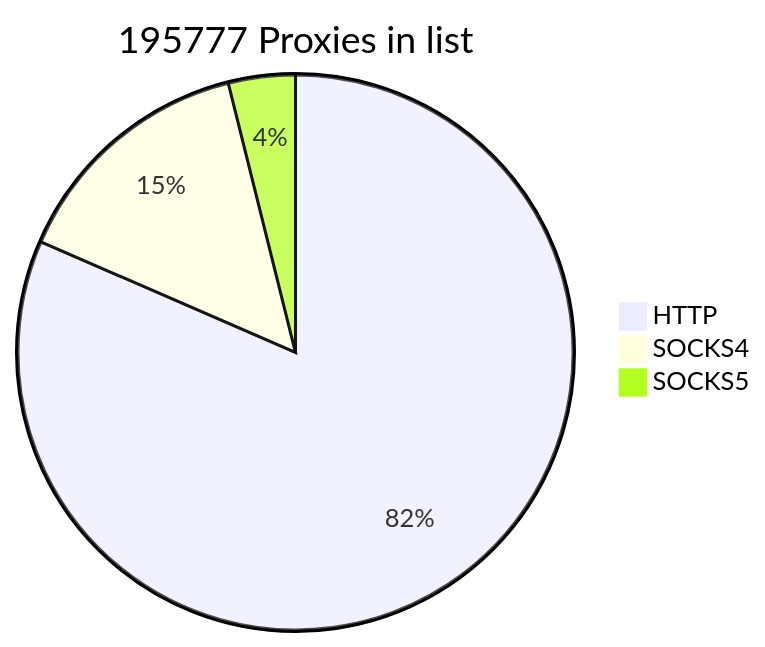
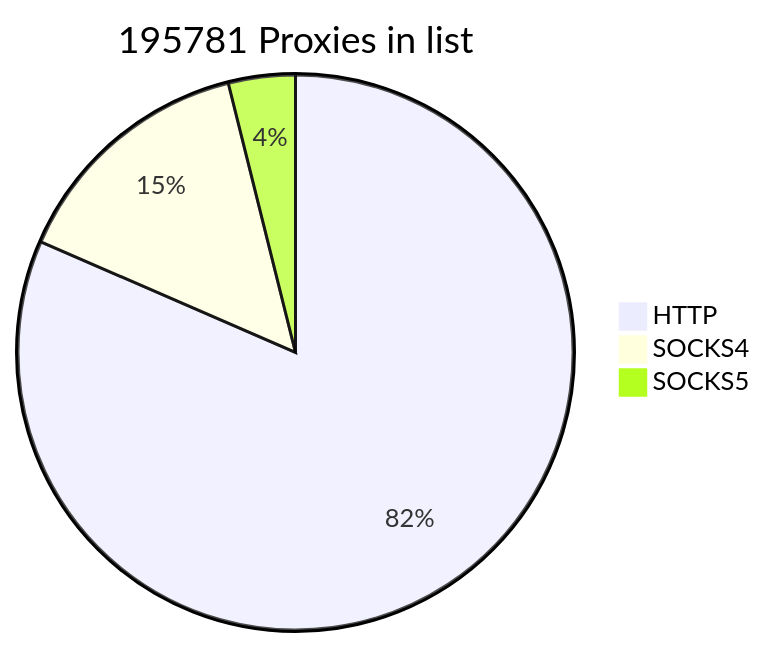
Before and after one commit to cutipu/proxylist: the first of 2 diagrams in README.md, drawn with Mermaid. The commit also changed other lines of this file, not shown here.

````diff
--- a/README.md
+++ b/README.md
@@ -2,7 +2,7 @@
 ```mermaid
-pie title 195777 Proxies in list
+pie title 195781 Proxies in list
     "HTTP" : 159611
-    "SOCKS4" : 28549
+    "SOCKS4" : 28553
     "SOCKS5" : 7617
             
 ```
````
